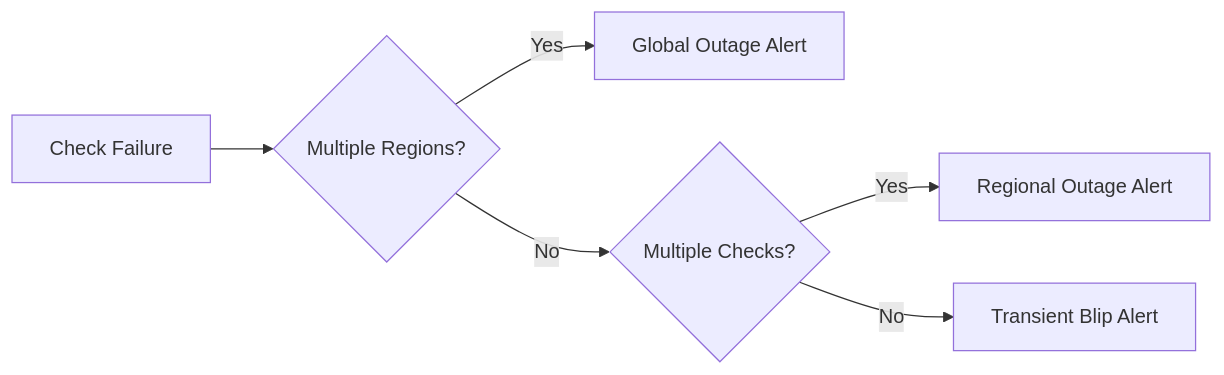
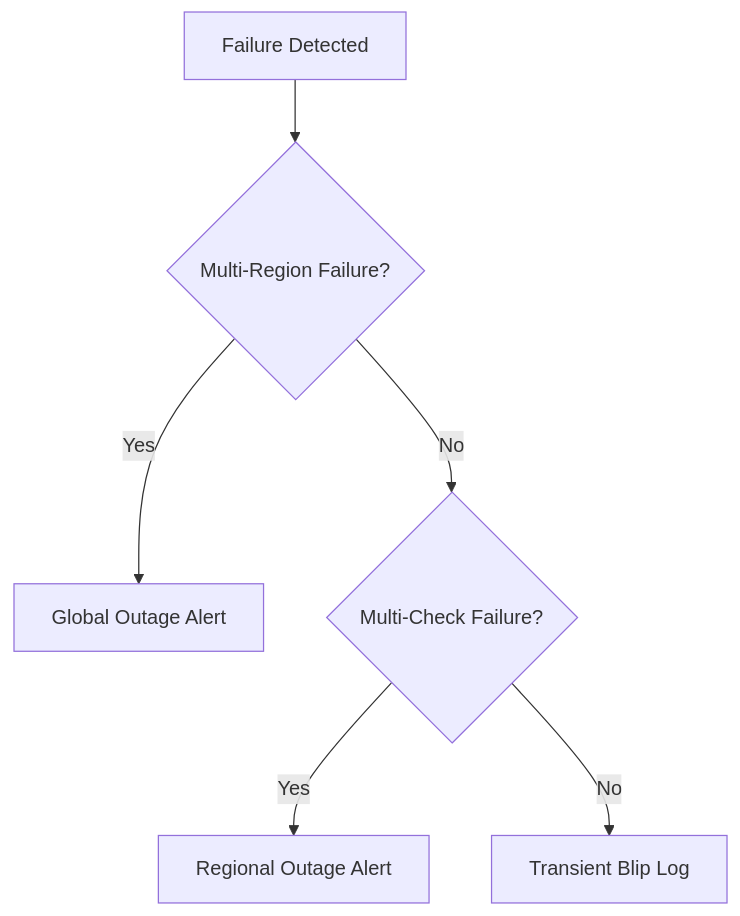
Before and after one commit to Devopstrio/synthetic-monitoring-grid: the seventh of 10 diagrams in README.md, drawn with Mermaid. The commit also changed other lines of this file, not shown here.

Commit message:
docs: implement 10+ professional architecture diagrams for synthetic monitoring

````diff
--- a/README.md
+++ b/README.md
@@ -122,8 +163,8 @@
 ```mermaid
-graph LR
-    Fail[Check Failure] --> Multi{Multiple Regions?}
-    Multi -->|Yes| Outage[Global Outage Alert]
-    Multi -->|No| Reg{Multiple Checks?}
-    Reg -->|Yes| Regional[Regional Outage Alert]
-    Reg -->|No| Blip[Transient Blip Alert]
+graph TD
+    F["Failure Detected"] --> C1{"Multi-Region Failure?"}
+    C1 -->|Yes| Global["Global Outage Alert"]
+    C1 -->|No| C2{"Multi-Check Failure?"}
+    C2 -->|Yes| Regional["Regional Outage Alert"]
+    C2 -->|No| Blip["Transient Blip Log"]
 ```
````
